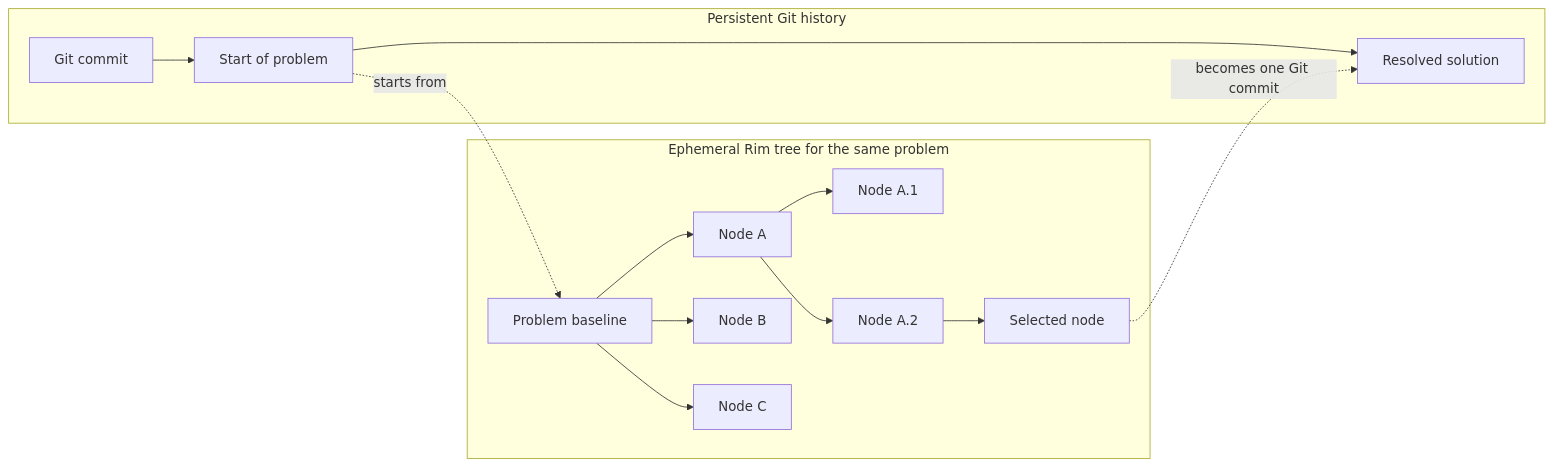
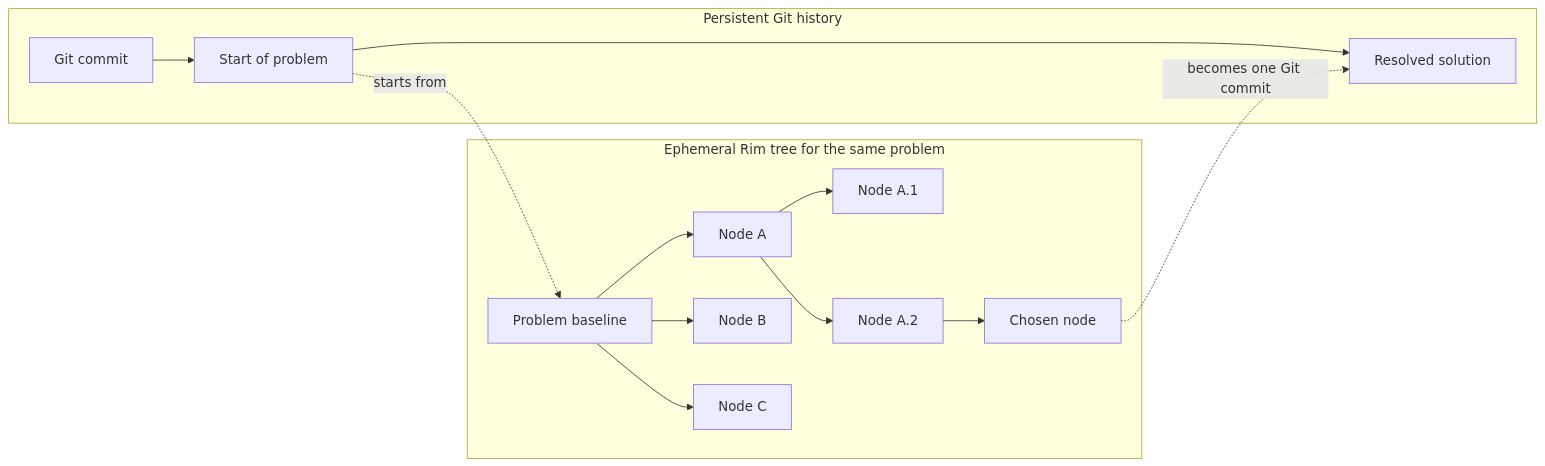
The first of 4 diagrams in PRODUCT.md (nekoium/rim), drawn with Mermaid before and after one commit. The commit also changed other lines of this file and 1 other file, not shown here.

````diff
--- a/PRODUCT.md
+++ b/PRODUCT.md
@@ -78,29 +79,29 @@
 ```mermaid
 flowchart LR
     subgraph Git["Persistent Git history"]
         G0[Git commit]
         G1[Start of problem]
         G2[Resolved solution]
         G0 --> G1 --> G2
     end
 
     subgraph Rim["Ephemeral Rim tree for the same problem"]
         R0[Problem baseline]
         A[Node A]
         B[Node B]
         C[Node C]
         A1[Node A.1]
         A2[Node A.2]
-        W[Selected node]
+        W[Chosen node]
 
         R0 --> A
         R0 --> B
         R0 --> C
         A --> A1
         A --> A2
         A2 --> W
     end
 
     G1 -.starts from.-> R0
     W -.becomes one Git commit.-> G2
 ```
````
